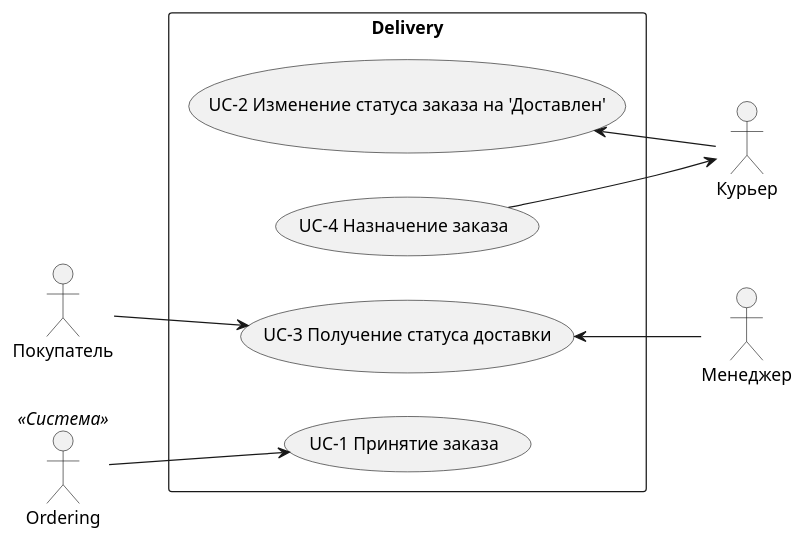
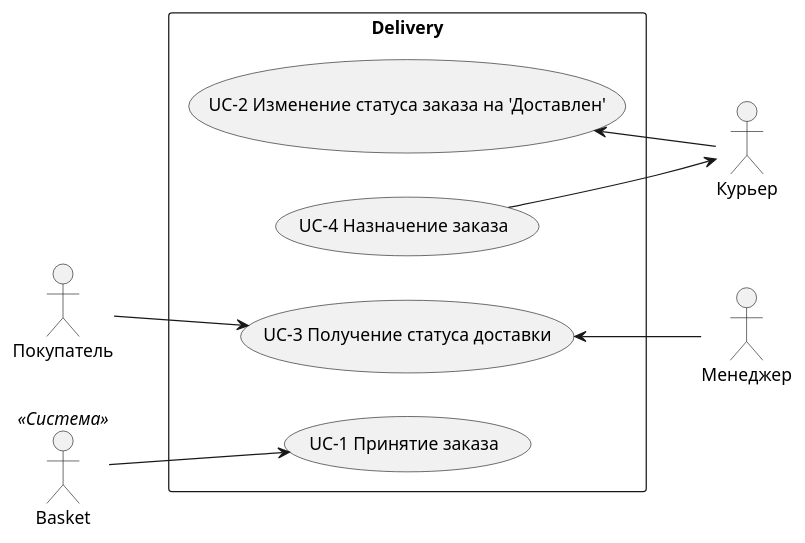
The fifth of 5 diagrams in services/delivery/README.md (gerzhan/knigaexpert-system-design), drawn with PlantUML before and after one commit. The commit also changed other lines of this file and 18 other files, not shown here.

````diff
--- a/services/delivery/README.md
+++ b/services/delivery/README.md
@@ -194,31 +194,31 @@
 ```plantuml
 left to right direction
 skinparam packageStyle rectangle
 
 actor Покупатель as client
 actor Менеджер as manager
 actor Курьер as courier
-actor Ordering as ordering << Система >>
+actor Basket as basket << Система >>
 
 rectangle Delivery {
   usecase (UC-1 Принятие заказа) as UC1
   usecase (UC-2 Изменение статуса заказа на 'Доставлен') as UC2
   usecase (UC-3 Получение статуса доставки) as UC3
   usecase (UC-4 Назначение заказа) as UC4
   
 
   url of UC1 is [[use-cases/uc-1.md]]
   url of UC2 is [[use-cases/uc-2.md]]
   url of UC3 is [[use-cases/uc-3.md]]
   url of UC4 is [[use-cases/uc-4.md]]
 }
 
-ordering --> UC1
+basket --> UC1
 
 UC2 <-- courier
 UC4 --> courier
 
 client --> UC3 
 
 UC3 <--manager
 ```
````
